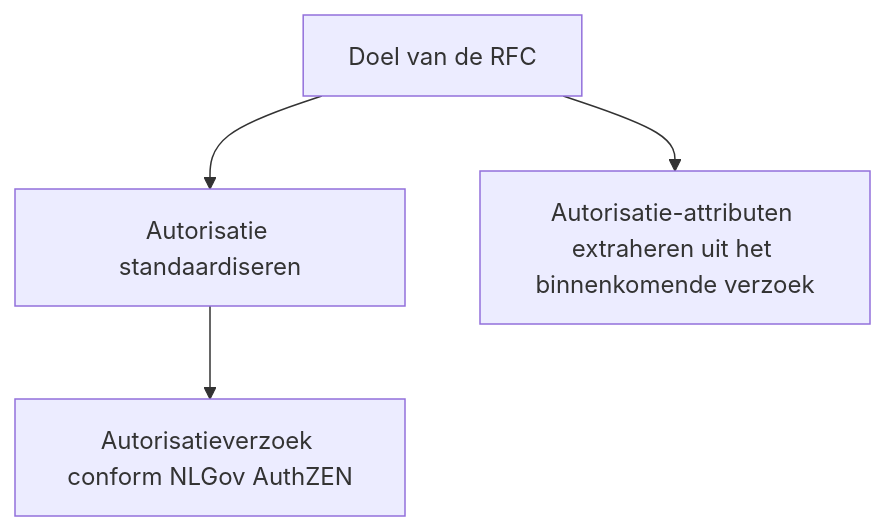
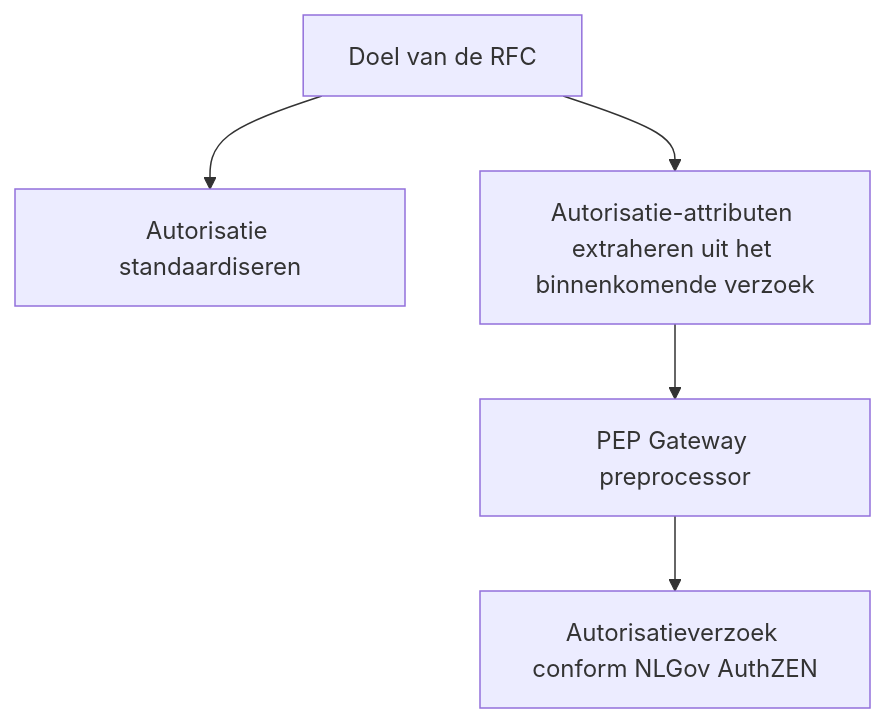
One commit to iStandaarden/iWlz-RequestForComment changed the first of 4 diagrams in RFC/RFC0052 - Autorisatie standaardisatie.md. Above: the diagram before and after it, drawn with Mermaid. The commit also changed other lines of this file, not shown here.

````diff
--- a/RFC/RFC0052 - Autorisatie standaardisatie.md
+++ b/RFC/RFC0052 - Autorisatie standaardisatie.md
@@ -5,10 +14,8 @@
 ```mermaid
 flowchart TD
     A[Doel van de RFC] --> B[Autorisatie standaardiseren]
     A --> C[Autorisatie-attributen extraheren uit het binnenkomende verzoek]
 
-    B --> G[Autorisatieverzoek conform NLGov AuthZEN]
-
-
-
+    C --> D[PEP Gateway preprocessor]
+    D --> G[Autorisatieverzoek conform NLGov AuthZEN]
 ```
````
